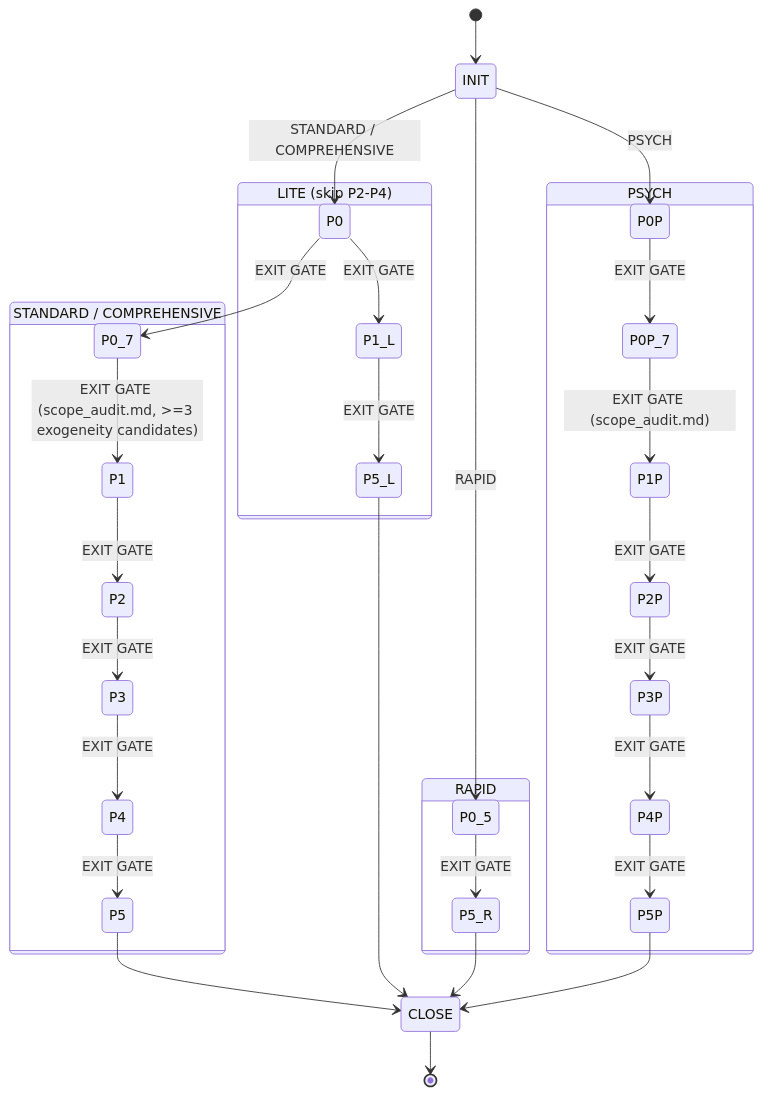
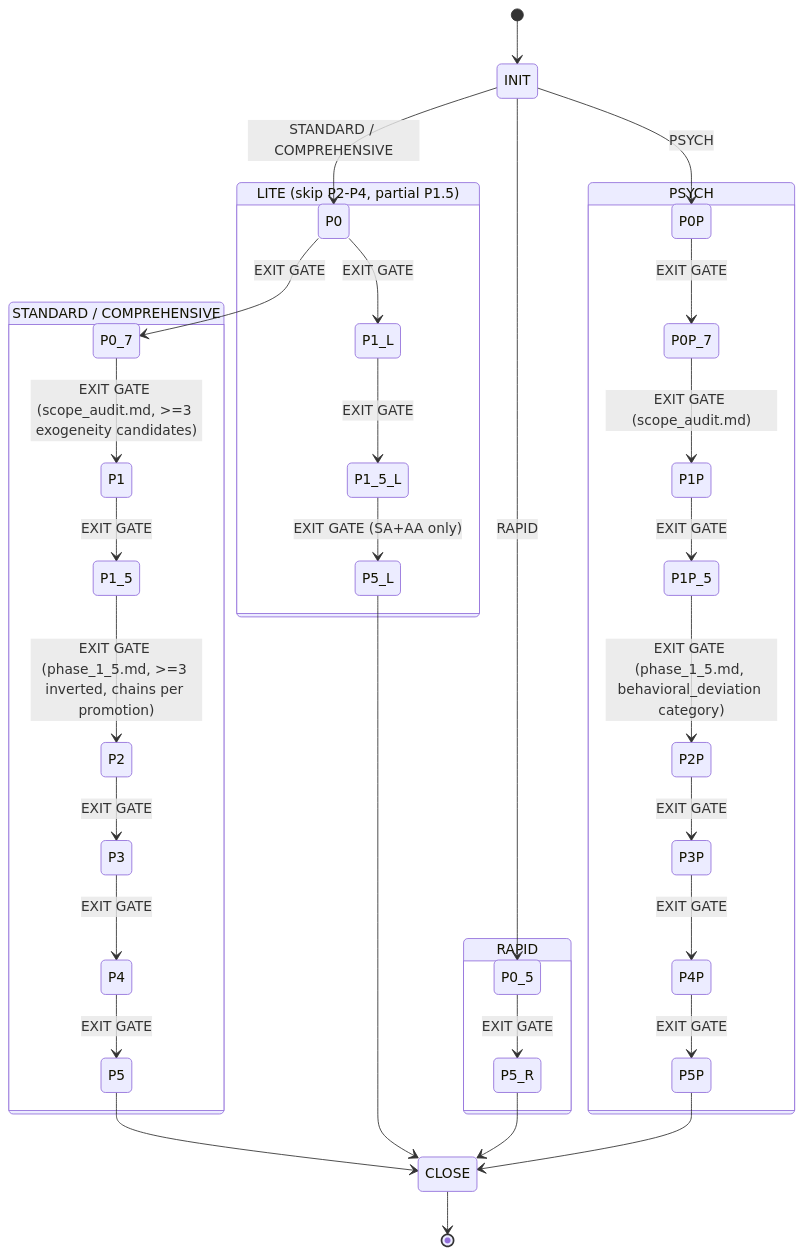
One commit to NikolasMarkou/epistemic-deconstructor changed the diagram in src/SKILL.md. Above: the diagram before and after it, drawn with Mermaid. The commit also changed other lines of this file and 7 other files, not shown here.

````diff
--- a/src/SKILL.md
+++ b/src/SKILL.md
@@ -61,40 +61,43 @@
 ```mermaid
 stateDiagram-v2
     [*] --> INIT
     INIT --> P0 : STANDARD / COMPREHENSIVE
     INIT --> P0_5 : RAPID
     INIT --> P0P : PSYCH
 
     state "STANDARD / COMPREHENSIVE" as std {
         P0 --> P0_7 : EXIT GATE
         P0_7 --> P1 : EXIT GATE (scope_audit.md, >=3 exogeneity candidates)
-        P1 --> P2 : EXIT GATE
+        P1 --> P1_5 : EXIT GATE
+        P1_5 --> P2 : EXIT GATE (phase_1_5.md, >=3 inverted, chains per promotion)
         P2 --> P3 : EXIT GATE
         P3 --> P4 : EXIT GATE
         P4 --> P5 : EXIT GATE
     }
 
-    state "LITE (skip P2-P4)" as lite {
+    state "LITE (skip P2-P4, partial P1.5)" as lite {
         P0 --> P1_L : EXIT GATE
-        P1_L --> P5_L : EXIT GATE
+        P1_L --> P1_5_L : EXIT GATE
+        P1_5_L --> P5_L : EXIT GATE (SA+AA only)
     }
 
     state "RAPID" as rapid {
         P0_5 --> P5_R : EXIT GATE
     }
 
     state "PSYCH" as psych {
         P0P --> P0P_7 : EXIT GATE
         P0P_7 --> P1P : EXIT GATE (scope_audit.md)
-        P1P --> P2P : EXIT GATE
+        P1P --> P1P_5 : EXIT GATE
+        P1P_5 --> P2P : EXIT GATE (phase_1_5.md, behavioral_deviation category)
         P2P --> P3P : EXIT GATE
         P3P --> P4P : EXIT GATE
         P4P --> P5P : EXIT GATE
     }
 
     P5 --> CLOSE
     P5_L --> CLOSE
     P5_R --> CLOSE
     P5P --> CLOSE
     CLOSE --> [*]
 ```
````
